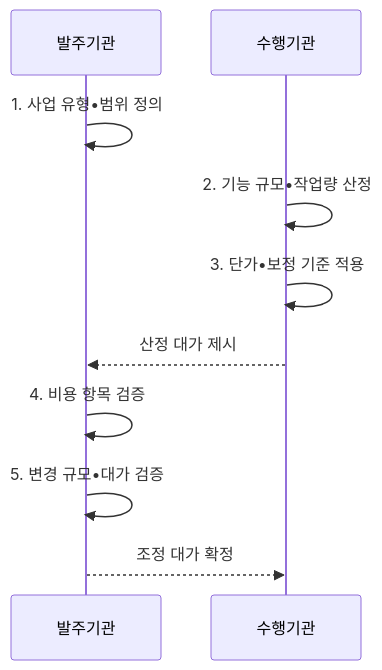
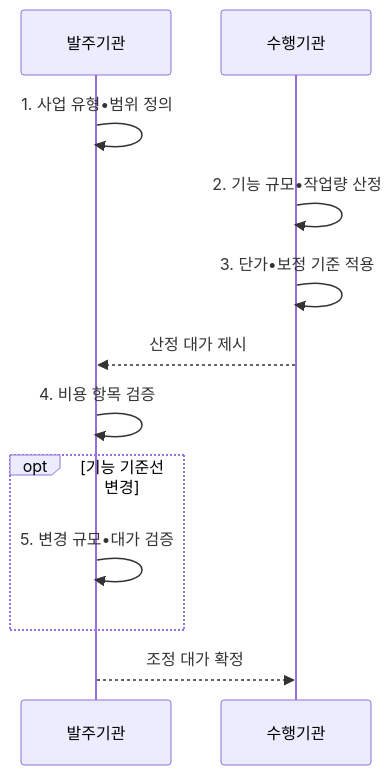
Before and after one commit to agnusdei1207/knowledge-base: the second of 2 diagrams in src/content/docs/notes/07-law-policy/018_sw_cost_estimation.md, drawn with Mermaid. The commit also changed other lines of this file and 18 other files, not shown here.

````diff
--- a/src/content/docs/notes/07-law-policy/018_sw_cost_estimation.md
+++ b/src/content/docs/notes/07-law-policy/018_sw_cost_estimation.md
@@ -107,12 +107,14 @@
 ```mermaid
 sequenceDiagram
     participant 발주기관
     participant 수행기관
     발주기관->>발주기관: 1. 사업 유형•범위 정의
     수행기관->>수행기관: 2. 기능 규모•작업량 산정
     수행기관->>수행기관: 3. 단가•보정 기준 적용
     수행기관-->>발주기관: 산정 대가 제시
     발주기관->>발주기관: 4. 비용 항목 검증
-    발주기관->>발주기관: 5. 변경 규모•대가 검증
+    opt 기능 기준선 변경
+        발주기관->>발주기관: 5. 변경 규모•대가 검증
+    end
     발주기관-->>수행기관: 조정 대가 확정
 ```
````
